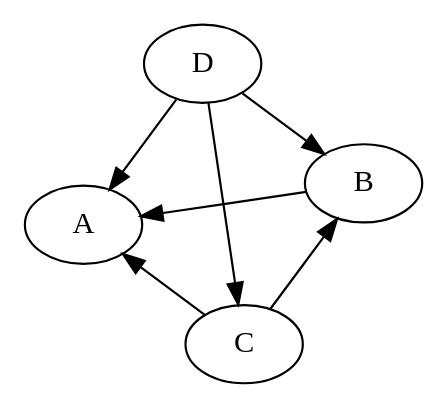
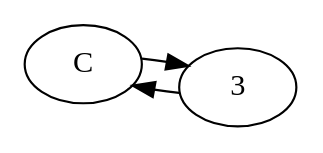
Before and after one commit to IsaacYaner/COMPStudy: the diagram in COMP4418/ASS/ASS2/Digraph.gv, drawn with Graphviz. The commit also changed 9 other files, not shown here.

```diff
--- a/COMP4418/ASS/ASS2/Digraph.gv
+++ b/COMP4418/ASS/ASS2/Digraph.gv
@@ -1,14 +1,8 @@
 digraph {
 	graph [layout=neato]
-	edge [len=1.5]
-	A [label=A]
-	B [label=B]
+	edge [len=1]
 	C [label=C]
-	D [label=D]
-	D -> C
-	D -> B
-	D -> A
-	C -> B
-	C -> A
-	B -> A
+	3 [label=3]
+	C -> 3
+	3 -> C
 }
```
